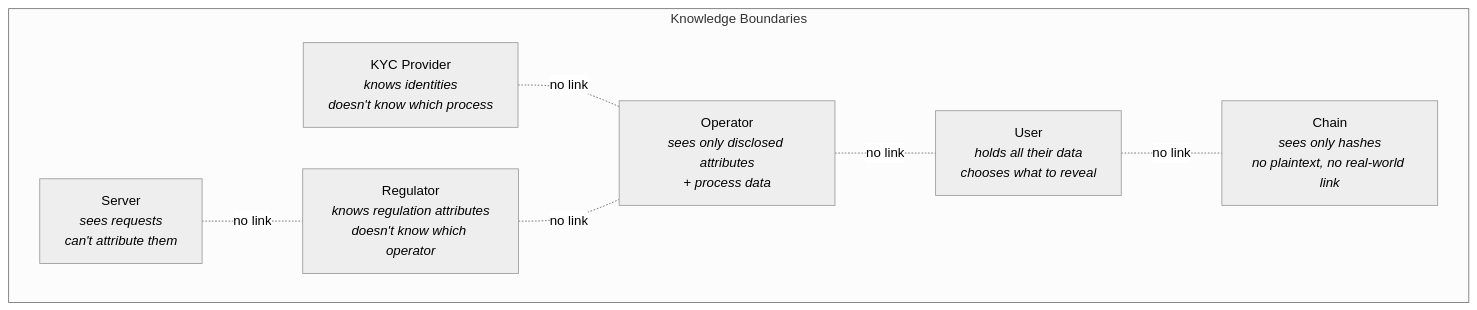
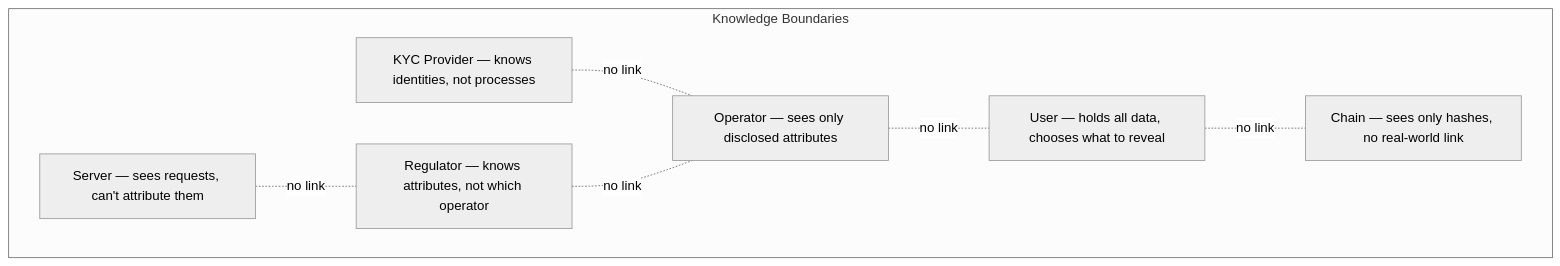
Diagram 18 of 19 in docs/framework/schema.md (lambdasistemi/cardano-for-regulators), drawn with Mermaid (neutral theme) before and after one commit. The commit also changed other lines of this file and 1 other file, not shown here.

First line of the commit message:
fix: replace HTML tags in mermaid node labels with plain text

````diff
--- a/docs/framework/schema.md
+++ b/docs/framework/schema.md
@@ -691,17 +691,17 @@
 ```mermaid
 graph TD
     subgraph Knowledge Boundaries
-        OP[Operator<br/><i>sees only disclosed attributes<br/>+ process data</i>]
-        U[User<br/><i>holds all their data<br/>chooses what to reveal</i>]
-        CH[Chain<br/><i>sees only hashes<br/>no plaintext, no real-world link</i>]
-        SV[Server<br/><i>sees requests<br/>can't attribute them</i>]
-        KP[KYC Provider<br/><i>knows identities<br/>doesn't know which process</i>]
-        RG[Regulator<br/><i>knows regulation attributes<br/>doesn't know which operator</i>]
+        OP["Operator — sees only disclosed attributes"]
+        U["User — holds all data, chooses what to reveal"]
+        CH["Chain — sees only hashes, no real-world link"]
+        SV["Server — sees requests, can't attribute them"]
+        KP["KYC Provider — knows identities, not processes"]
+        RG["Regulator — knows attributes, not which operator"]
     end
 
     OP -.-|no link| U
     U -.-|no link| CH
     KP -.-|no link| OP
     RG -.-|no link| OP
     SV -.-|no link| RG
 ```
````
